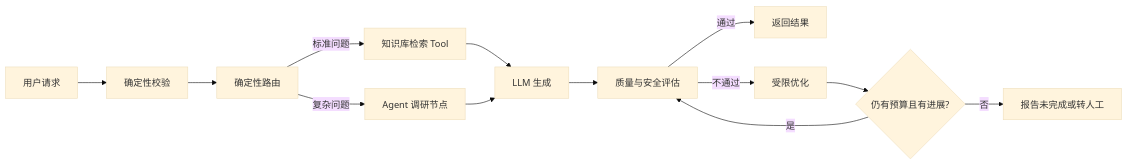
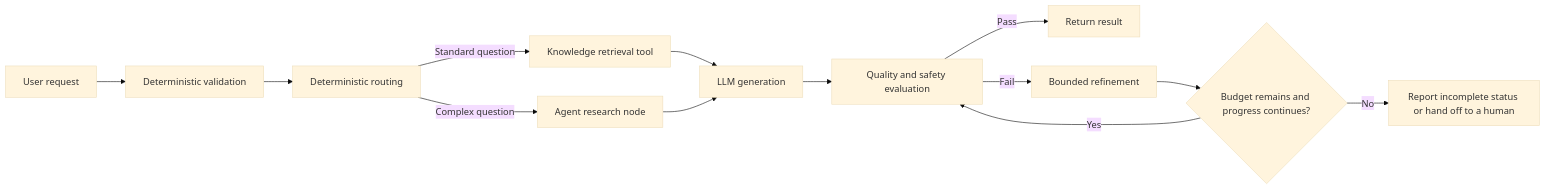
Before and after one commit to oneleaveknowsthefall/awesome-ai-roadmap: the eighth of 15 diagrams in docs/agent/01-foundations/03-agentic-building-blocks.md, drawn with Mermaid (base theme). The commit also changed other lines of this file and 68 other files, not shown here.

````diff
--- a/docs/agent/01-foundations/03-agentic-building-blocks.md
+++ b/docs/agent/01-foundations/03-agentic-building-blocks.md
@@ -513,15 +517,15 @@
 ```mermaid
 flowchart LR
-    IN[用户请求] --> V[确定性校验]
-    V --> R[确定性路由]
-    R -->|标准问题| KB[知识库检索 Tool]
-    R -->|复杂问题| AG[Agent 调研节点]
-    KB --> GEN[LLM 生成]
+    IN[User request] --> V[Deterministic validation]
+    V --> R[Deterministic routing]
+    R -->|Standard question| KB[Knowledge retrieval tool]
+    R -->|Complex question| AG[Agent research node]
+    KB --> GEN[LLM generation]
     AG --> GEN
-    GEN --> EVAL[质量与安全评估]
-    EVAL -->|通过| OUT[返回结果]
-    EVAL -->|不通过| FIX[受限优化]
-    FIX --> LIMIT{仍有预算且有进展?}
-    LIMIT -->|是| EVAL
-    LIMIT -->|否| STOP[报告未完成或转人工]
+    GEN --> EVAL[Quality and safety evaluation]
+    EVAL -->|Pass| OUT[Return result]
+    EVAL -->|Fail| FIX[Bounded refinement]
+    FIX --> LIMIT{Budget remains and progress continues?}
+    LIMIT -->|Yes| EVAL
+    LIMIT -->|No| STOP[Report incomplete status or hand off to a human]
 ```
````
